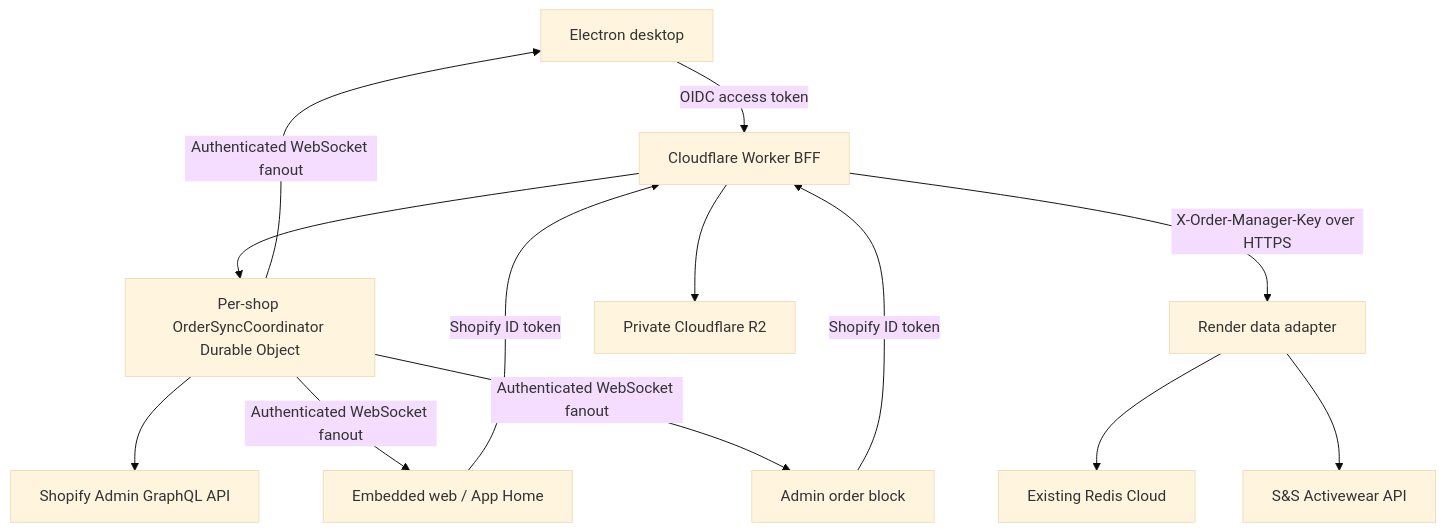
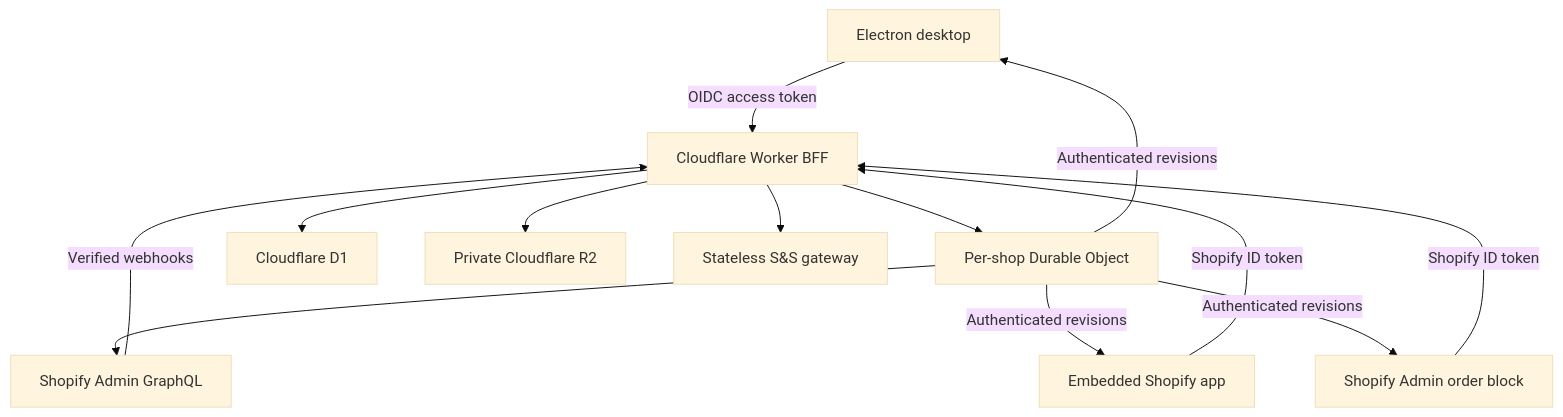
One commit to personman1234567/PrintMO-Order-Management changed the diagram in docs/official-docs/future-plans/shopify-live-api-sync-admin-blocks-plan.md. Above: the diagram before and after it, drawn with Mermaid (base theme). The commit also changed other lines of this file and 27 other files, not shown here.

Commit message:
Implement Shopify-primary candidate data plane

````diff
--- a/docs/official-docs/future-plans/shopify-live-api-sync-admin-blocks-plan.md
+++ b/docs/official-docs/future-plans/shopify-live-api-sync-admin-blocks-plan.md
@@ -49,16 +55,15 @@
 ```mermaid
 flowchart TD
-    Electron["Electron desktop"] -->|"OIDC access token"| BFF["Cloudflare Worker BFF"]
-    Web["Embedded web / App Home"] -->|"Shopify ID token"| BFF
-    Block["Admin order block"] -->|"Shopify ID token"| BFF
-
-    BFF --> Coordinator["Per-shop OrderSyncCoordinator Durable Object"]
-    Coordinator --> Shopify["Shopify Admin GraphQL API"]
-    BFF -->|"X-Order-Manager-Key over HTTPS"| Adapter["Render data adapter"]
-    Adapter --> Redis["Existing Redis Cloud"]
-    BFF --> R2["Private Cloudflare R2"]
-    Adapter --> SS["S&S Activewear API"]
-    Coordinator -->|"Authenticated WebSocket fanout"| Electron
-    Coordinator -->|"Authenticated WebSocket fanout"| Web
-    Coordinator -->|"Authenticated WebSocket fanout"| Block
+    Electron["Electron desktop"] -->|"OIDC access token"| Worker["Cloudflare Worker BFF"]
+    Web["Embedded Shopify app"] -->|"Shopify ID token"| Worker
+    Block["Shopify Admin order block"] -->|"Shopify ID token"| Worker
+    Worker --> Coordinator["Per-shop Durable Object"]
+    Coordinator --> Shopify["Shopify Admin GraphQL"]
+    Worker --> D1["Cloudflare D1"]
+    Worker --> R2["Private Cloudflare R2"]
+    Worker --> Supplier["Stateless S&S gateway"]
+    Shopify -->|"Verified webhooks"| Worker
+    Coordinator -->|"Authenticated revisions"| Electron
+    Coordinator -->|"Authenticated revisions"| Web
+    Coordinator -->|"Authenticated revisions"| Block
 ```
````
